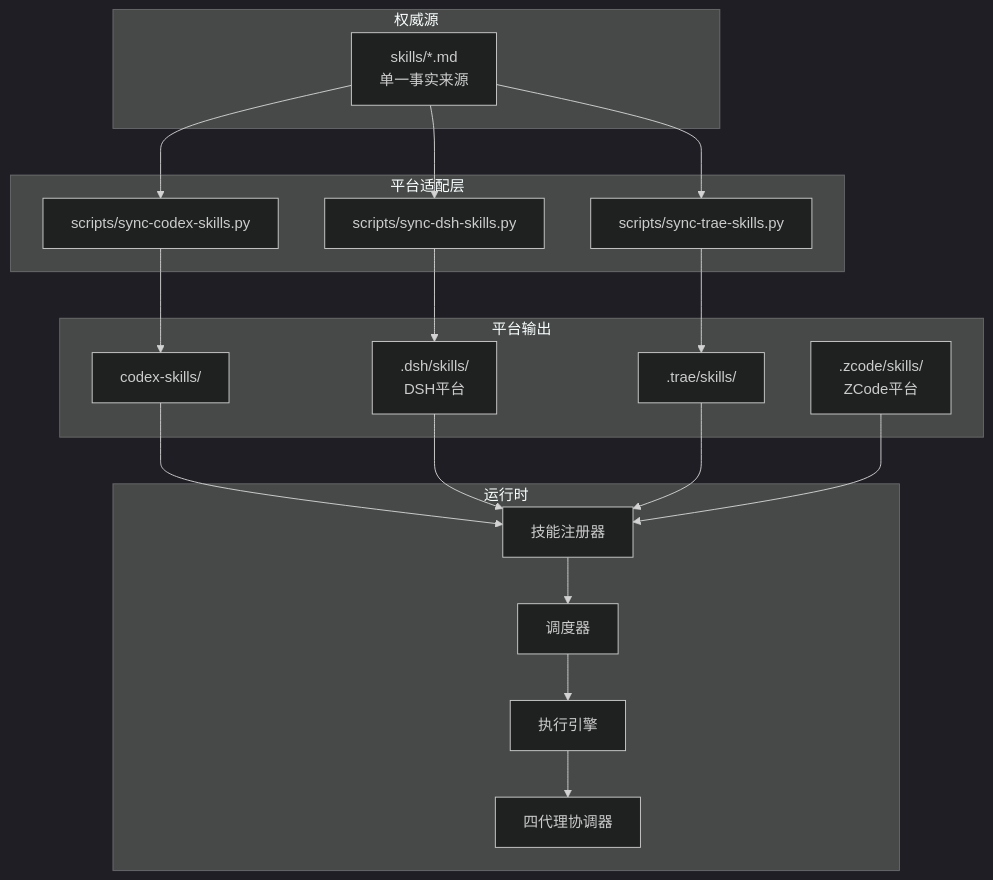
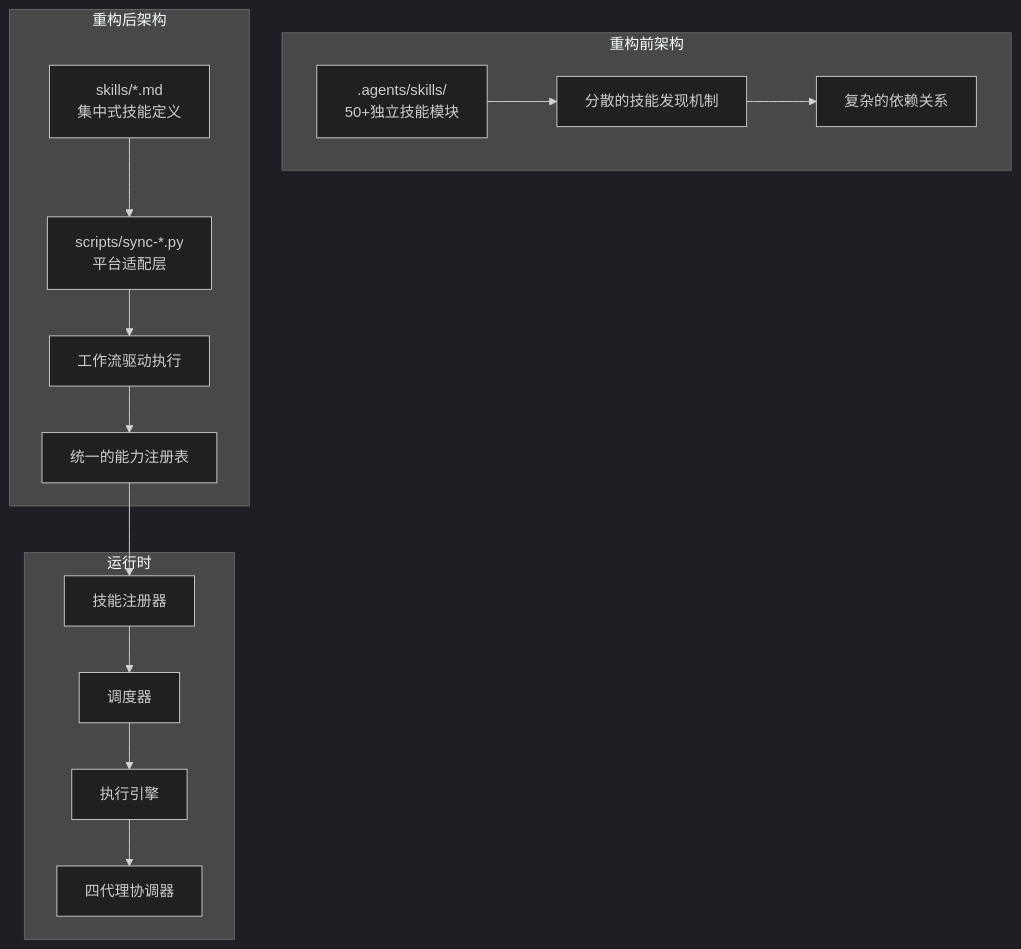
One commit to Ted-Engineer/ai-berkshire changed the first of 8 diagrams in .qoder/repowiki/zh/content/AI技能系统/技能架构设计.md. Above: the diagram before and after it, drawn with Mermaid (dark theme). The commit also changed other lines of this file and 87 other files, not shown here.

````diff
--- a/.qoder/repowiki/zh/content/AI技能系统/技能架构设计.md
+++ b/.qoder/repowiki/zh/content/AI技能系统/技能架构设计.md
@@ -60,36 +64,29 @@
 ```mermaid
 graph TB
-subgraph "权威源"
-A["skills/*.md<br/>单一事实来源"]
+subgraph "重构前架构"
+A[".agents/skills/<br/>50+独立技能模块"]
+B["分散的技能发现机制"]
+C["复杂的依赖关系"]
 end
-subgraph "平台适配层"
-B["scripts/sync-codex-skills.py"]
-C["scripts/sync-dsh-skills.py"]
-D["scripts/sync-trae-skills.py"]
-end
-subgraph "平台输出"
-E["codex-skills/"]
-F[".dsh/skills/<br/>DSH平台"]
-G[".trae/skills/"]
-H[".zcode/skills/<br/>ZCode平台"]
+subgraph "重构后架构"
+D["skills/*.md<br/>集中式技能定义"]
+E["scripts/sync-*.py<br/>平台适配层"]
+F["工作流驱动执行"]
+G["统一的能力注册表"]
 end
 subgraph "运行时"
-I["技能注册器"]
-J["调度器"]
-K["执行引擎"]
-L["四代理协调器"]
+H["技能注册器"]
+I["调度器"]
+J["执行引擎"]
+K["四代理协调器"]
 end
 A --> B
-A --> C
-A --> D
-B --> E
-C --> F
-D --> G
-E --> I
-F --> I
-G --> I
+B --> C
+D --> E
+E --> F
+F --> G
+G --> H
 H --> I
 I --> J
 J --> K
-K --> L
 ```
````
